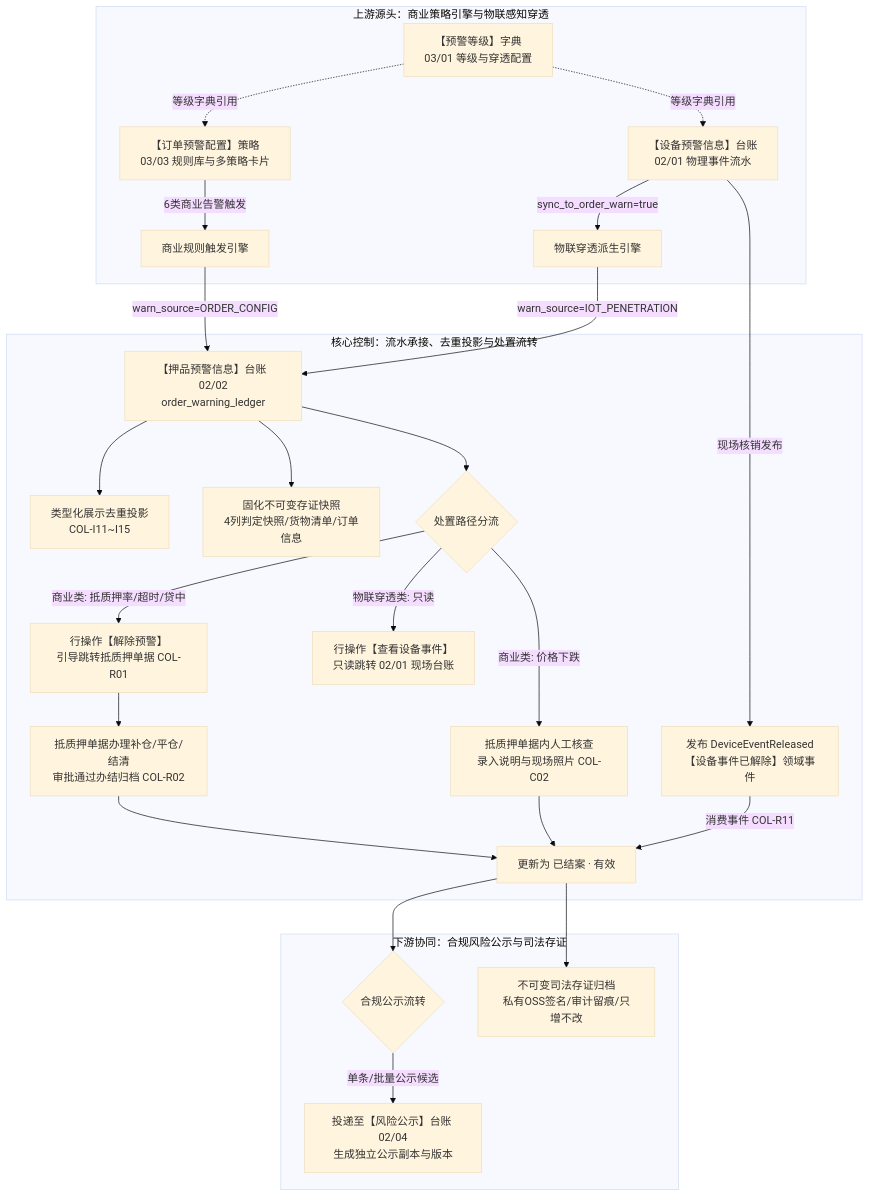
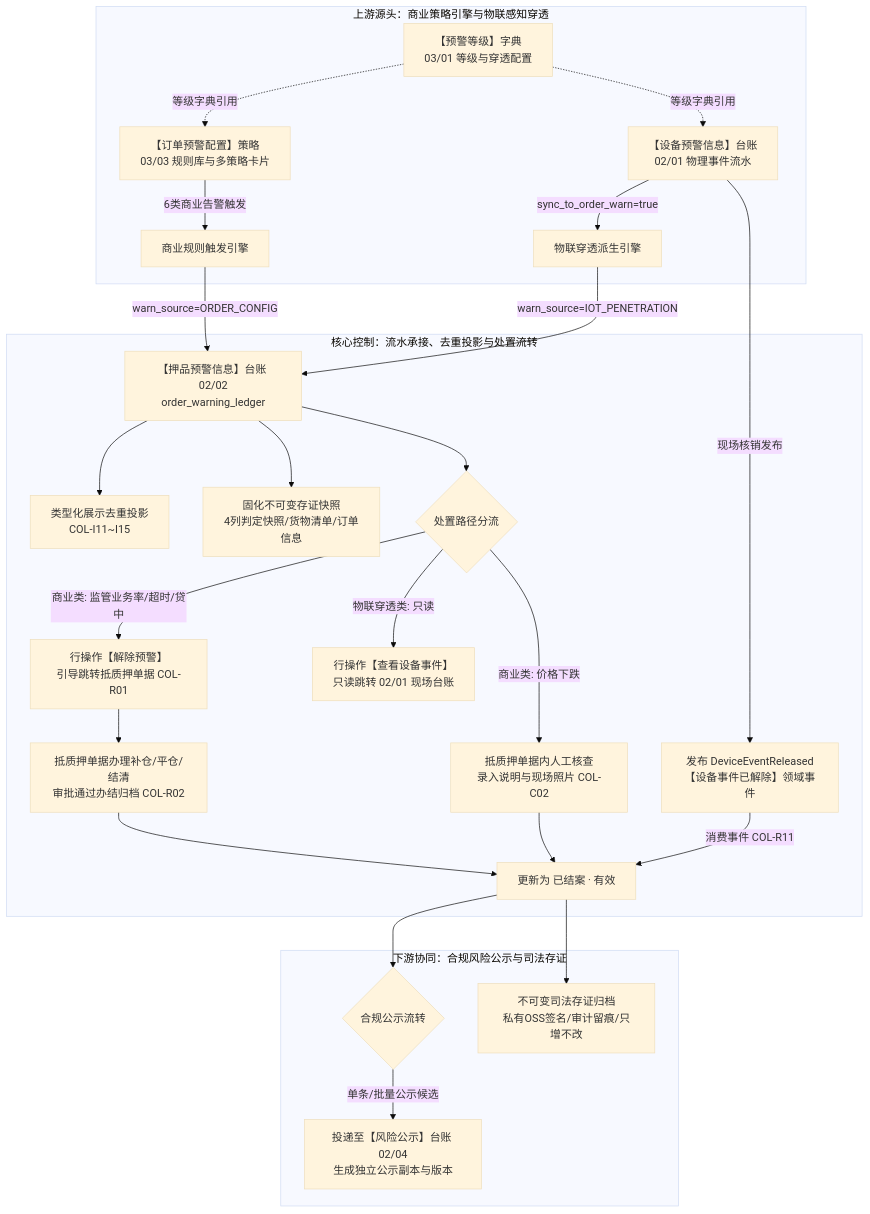
Before and after one commit to RobertHuang999/SYZC: the first of 2 diagrams in 02-PRD文档/B-迭代需求/6.2版本（2026.08）/02-预警信息/02押品预警信息/押品预警信息主PRD.md, drawn with Mermaid (base theme). The commit also changed other lines of this file and 84 other files, not shown here.

````diff
--- a/02-PRD文档/B-迭代需求/6.2版本（2026.08）/02-预警信息/02押品预警信息/押品预警信息主PRD.md
+++ b/02-PRD文档/B-迭代需求/6.2版本（2026.08）/02-预警信息/02押品预警信息/押品预警信息主PRD.md
@@ -55,33 +55,33 @@
 ```mermaid
 flowchart TD
     subgraph S1[上游源头：商业策略引擎与物联感知穿透]
         CFG[【订单预警配置】策略<br/>03/03 规则库与多策略卡片] -->|6类商业告警触发| ENG1[商业规则触发引擎]
         IOT_LEDGER[【设备预警信息】台账<br/>02/01 物理事件流水] -->|sync_to_order_warn=true| ENG2[物联穿透派生引擎]
         DICT[【预警等级】字典<br/>03/01 等级与穿透配置] -.->|等级字典引用| CFG & IOT_LEDGER
     end
 
     subgraph S2[核心控制：流水承接、去重投影与处置流转]
         ENG1 -->|warn_source=ORDER_CONFIG| LEDGER[【押品预警信息】台账 02/02<br/>order_warning_ledger]
         ENG2 -->|warn_source=IOT_PENETRATION| LEDGER
         LEDGER --> PROJ[类型化展示去重投影<br/>COL-I11~I15]
         LEDGER --> SNAP[固化不可变存证快照<br/>4列判定快照/货物清单/订单信息]
         
         LEDGER --> ROUTE{处置路径分流}
-        ROUTE -->|商业类: 抵质押率/超时/贷中| JUMP[行操作【解除预警】<br/>引导跳转抵质押单据 COL-R01]
+        ROUTE -->|商业类: 监管业务率/超时/贷中| JUMP[行操作【解除预警】<br/>引导跳转抵质押单据 COL-R01]
         ROUTE -->|商业类: 价格下跌| ORDER_MANUAL[抵质押单据内人工核查<br/>录入说明与现场照片 COL-C02]
         ROUTE -->|物联穿透类: 只读| VIEW_IOT[行操作【查看设备事件】<br/>只读跳转 02/01 现场台账]
         
         JUMP --> BIZ_FLOW[抵质押单据办理补仓/平仓/结清<br/>审批通过办结归档 COL-R02]
         BIZ_FLOW --> RESOLVED[更新为 已结案 · 有效]
         ORDER_MANUAL --> RESOLVED
         
         IOT_LEDGER -->|现场核销发布| BUS[发布 DeviceEventReleased<br/>【设备事件已解除】领域事件]
         BUS -->|消费事件 COL-R11| RESOLVED
     end
 
     subgraph S3[下游协同：合规风险公示与司法存证]
         RESOLVED --> PUB_CHECK{合规公示流转}
         PUB_CHECK -->|单条/批量公示候选| PUB_DISP[投递至【风险公示】台账 02/04<br/>生成独立公示副本与版本]
         RESOLVED --> ARCHIVE[不可变司法存证归档<br/>私有OSS签名/审计留痕/只增不改]
     end
 ```
````
